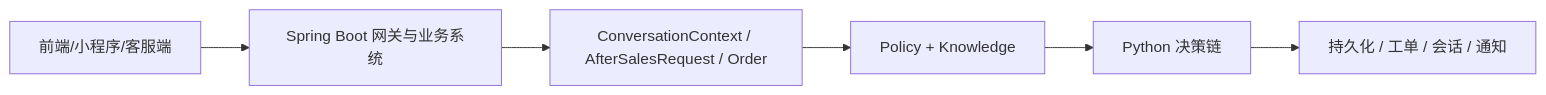
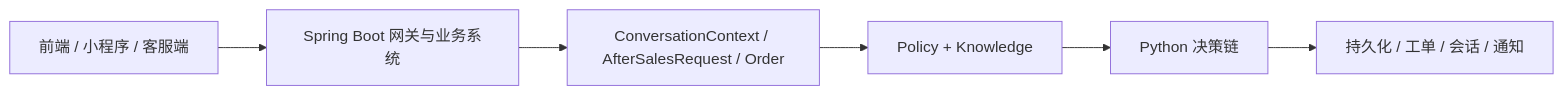
Before and after one commit to zuiaiyenai/ecommerce-after-sales-system: the diagram in docs/after-sales-agent-architecture.md, drawn with Mermaid. The commit also changed other lines of this file and 60 other files, not shown here.

Commit message:
feat: unify agent policy source and frontend after-sales status flow

````diff
--- a/docs/after-sales-agent-architecture.md
+++ b/docs/after-sales-agent-architecture.md
@@ -29,8 +28,8 @@
 ```mermaid
 flowchart LR
-    A["前端/小程序/客服端"] --> B["Spring Boot 网关与业务系统"]
+    A["前端 / 小程序 / 客服端"] --> B["Spring Boot 网关与业务系统"]
     B --> C["ConversationContext / AfterSalesRequest / Order"]
     C --> D["Policy + Knowledge"]
     D --> E["Python 决策链"]
     E --> F["持久化 / 工单 / 会话 / 通知"]
 ```
````
